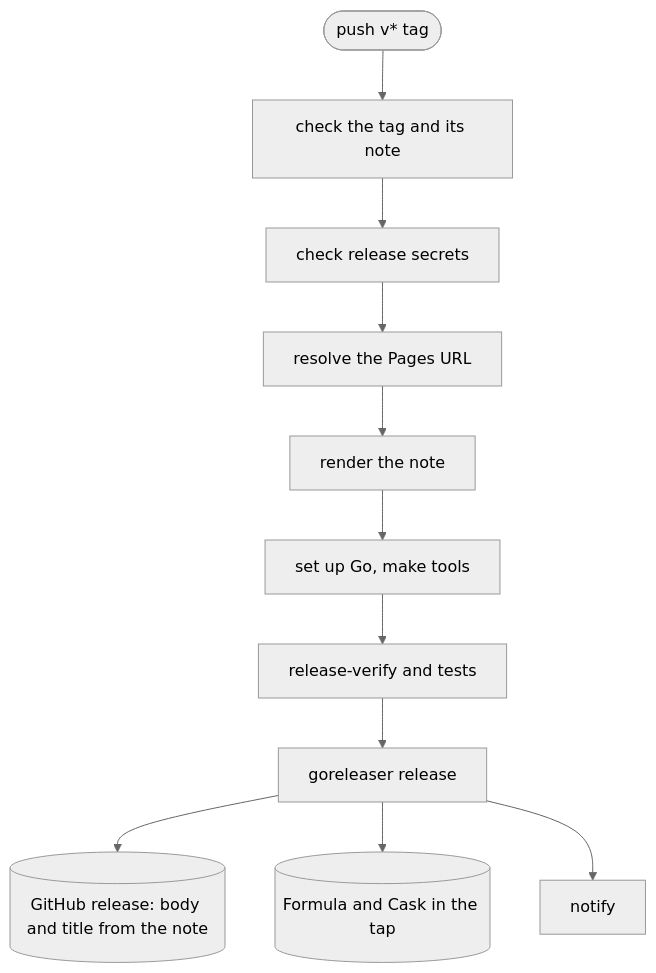
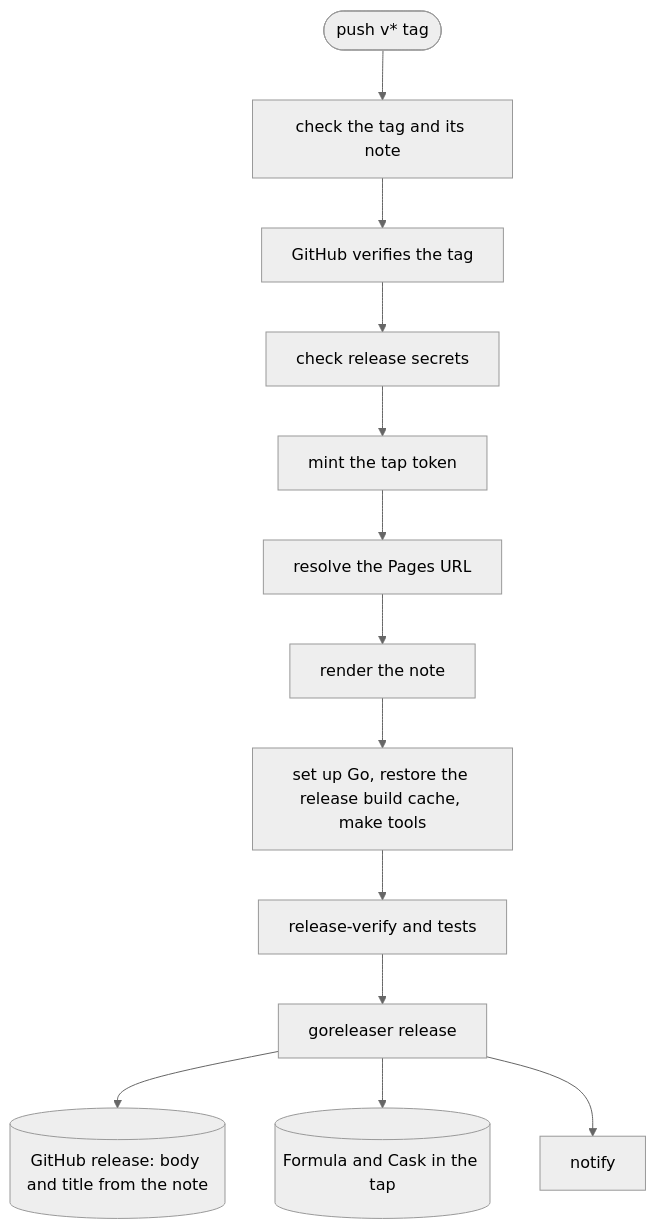
The third of 10 diagrams in .github/workflows/README.md (octomation/maintainer), drawn with Mermaid (neutral theme) before and after one commit. The commit also changed other lines of this file and 4 other files, not shown here.

````diff
--- a/.github/workflows/README.md
+++ b/.github/workflows/README.md
@@ -90,8 +102,8 @@
 ```mermaid
 flowchart TB
-  tag([push v* tag]) --> check[check the tag and its note] --> secrets[check release secrets] --> pages[resolve the Pages URL] --> render[render the note]
-  render --> go[set up Go, make tools] --> test[release-verify and tests] --> publish[goreleaser release]
+  tag([push v* tag]) --> check[check the tag and its note] --> signature[GitHub verifies the tag] --> secrets[check release secrets] --> token[mint the tap token] --> pages[resolve the Pages URL] --> render[render the note]
+  render --> go[set up Go, restore the release build cache, make tools] --> test[release-verify and tests] --> publish[goreleaser release]
   publish --> release[(GitHub release: body and title from the note)]
   publish --> tap[(Formula and Cask in the tap)]
   publish --> notify[notify]
 ```
````
